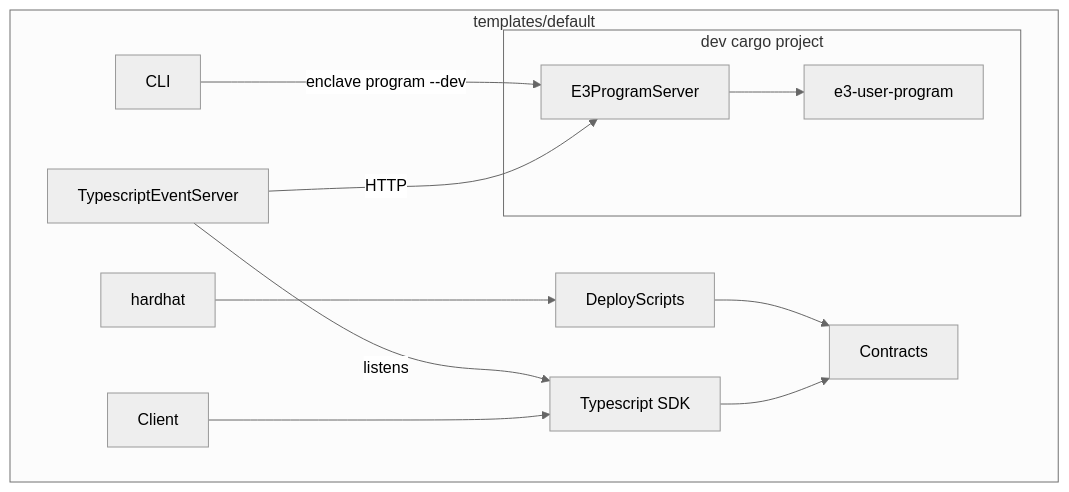
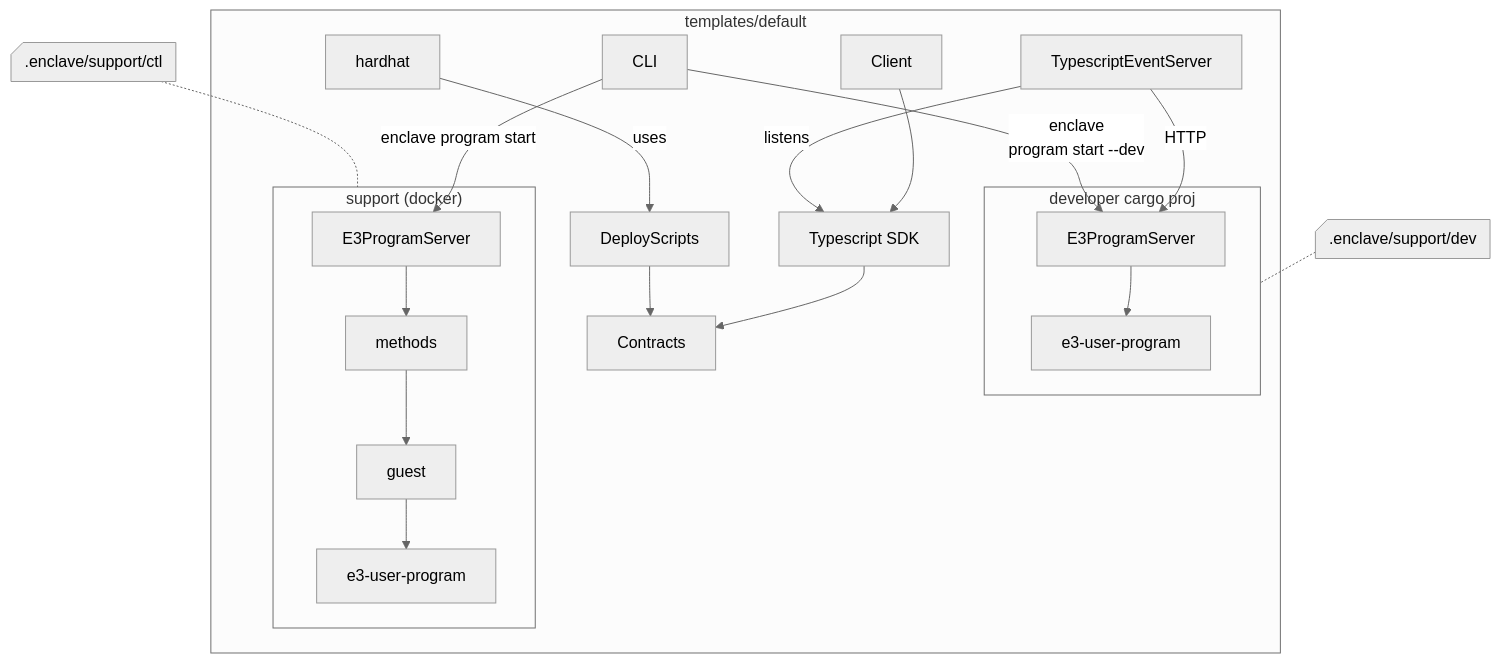
The diagram in templates/DefaultTemplate.md (gnosisguild/enclave), drawn with Mermaid (neutral theme) before and after one commit. The commit also changed other lines of this file and 1 other file, not shown here.

Commit message:
feat: update diagram

````diff
--- a/templates/DefaultTemplate.md
+++ b/templates/DefaultTemplate.md
@@ -1,30 +1,50 @@
 ```mermaid
 flowchart TD
-    subgraph s1["templates/default"]
+ subgraph subGraph0["developer cargo proj"]
+        P["e3-user-program"]
+        PS["E3ProgramServer"]
+  end
+ subgraph subGraph1["support (docker)"]
+        PSS["E3ProgramServer"]
+        R0["methods"]
+        G["guest"]
+        P2["e3-user-program"]
+  end
+ subgraph s1["templates/default"]
         CL["Client"]
         SDK["Typescript SDK"]
         TSS["TypescriptEventServer"]
         CLI["CLI"]
         C["Contracts"]
         D["DeployScripts"]
         HH["hardhat"]
+        subGraph0
+        subGraph1
+  end
+    PSS --> R0
+    R0 --> G
+    G --> P2
+    CL --> SDK
+    SDK --> C
+    HH --uses--> D
+    D --> C
+    TSS -- HTTP --> PS
+    TSS -- listens --> SDK
+    CLI -- enclave program start --> PSS
+    CLI -- "enclave <br/>program start --dev" --> PS
+    PS --> P
+    n1[".enclave/support/ctl"] -.- subGraph1
+    n2[".enclave/support/dev"] -.- subGraph0
 
-        subgraph "dev cargo project"
-        P["e3-user-program"]
-		PS["E3ProgramServer"]
-        end
-        
-        CL --> SDK
-        SDK --> C
-        HH --> D
-        D --> C
-        TSS --HTTP--> PS
-        TSS --listens--> SDK
-        CLI --"enclave program --dev"--> PS
-        PS --> P
-		SDK:::internal-link
-		C:::internal-link
-		PS:::internal-link
-		CLI:::internal-link
-    end
+    n1@{ shape: card}
+    n2@{ shape: card}
+     PS:::internal-link
+     PSS:::internal-link
+     SDK:::internal-link
+     CLI:::internal-link
+     C:::internal-link
+    click PS "https://github.com/gnosisguild/enclave/tree/main/crates/program-server/E3ProgramServer.md"
+    click SDK "https://github.com/gnosisguild/enclave/tree/main/packages/enclave-sdk/Typescript%20SDK.md"
+    click CLI "https://github.com/gnosisguild/enclave/tree/main/crates/cli/CLI.md"
+    click C "https://github.com/gnosisguild/enclave/tree/main/packages/evm/docs/Contracts.md"
 ```
````
